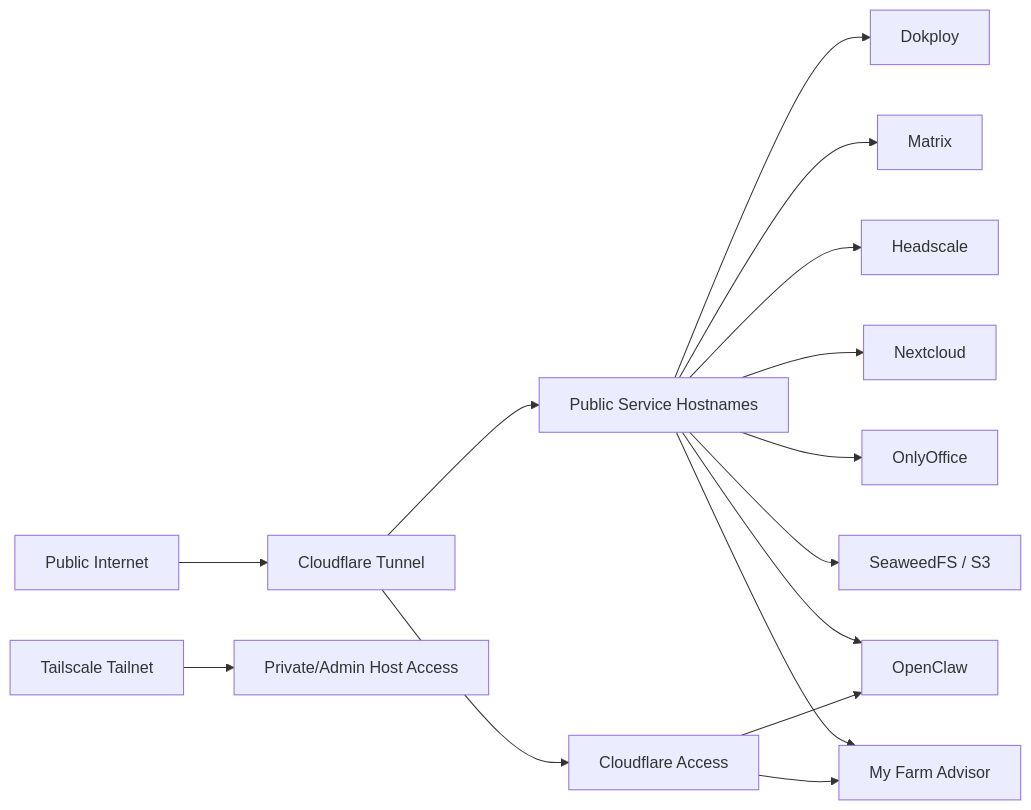
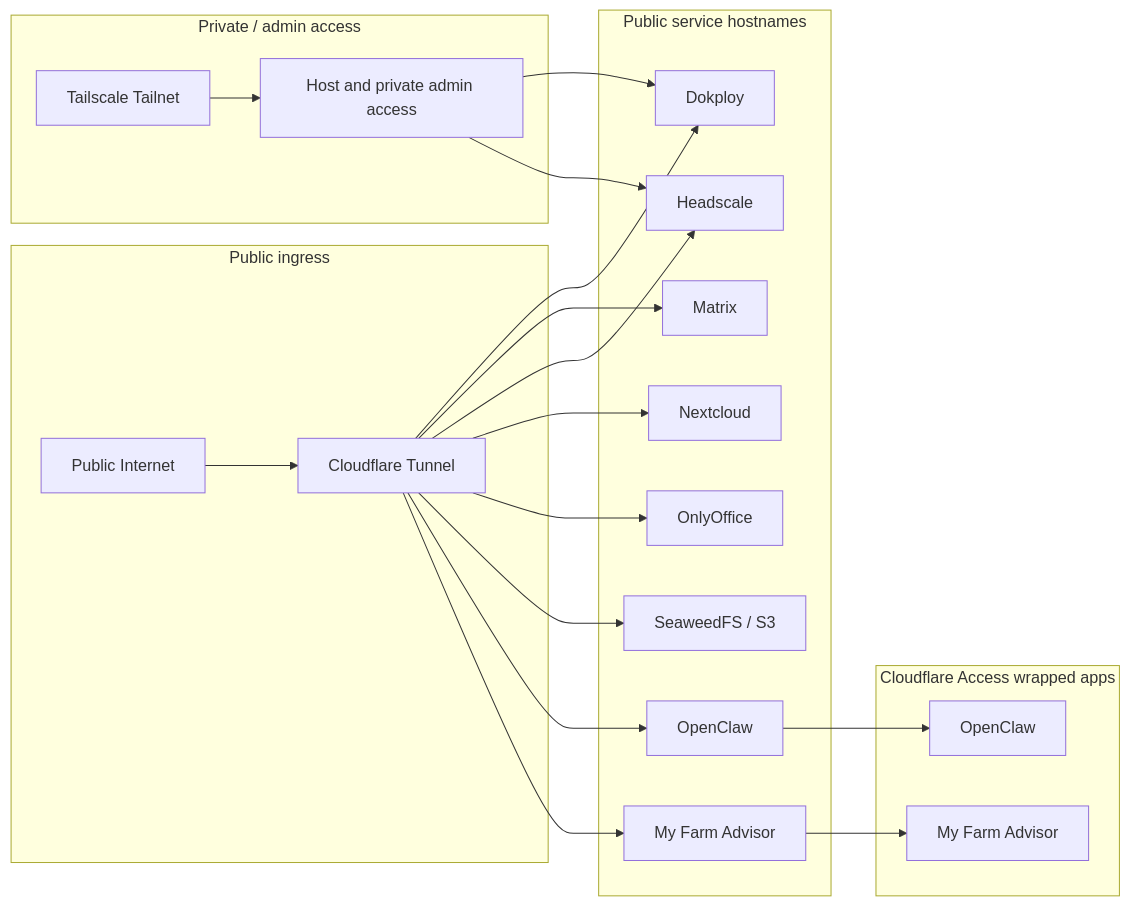
The second of 3 diagrams in README.md (borealBytes/dokploy-wizard), drawn with Mermaid before and after one commit. The commit also changed other lines of this file, not shown here.

Commit message:
Refine README architecture diagrams

````diff
--- a/README.md
+++ b/README.md
@@ -65,20 +78,41 @@
 ```mermaid
 flowchart LR
-    Internet[Public Internet] --> CF[Cloudflare Tunnel]
-    CF --> PublicApps[Public Service Hostnames]
+    subgraph PublicIngress[Public ingress]
+        Internet[Public Internet] --> Tunnel[Cloudflare Tunnel]
+    end
 
-    TNet[Tailscale Tailnet] --> Host[Private/Admin Host Access]
+    subgraph PrivateAdmin[Private / admin access]
+        Tailnet[Tailscale Tailnet] --> HostAccess[Host and private admin access]
+    end
 
-    PublicApps --> Dokploy[Dokploy]
-    PublicApps --> Matrix[Matrix]
-    PublicApps --> Headscale[Headscale]
-    PublicApps --> Nextcloud[Nextcloud]
-    PublicApps --> OnlyOffice[OnlyOffice]
-    PublicApps --> S3[SeaweedFS / S3]
-    PublicApps --> OpenClaw[OpenClaw]
-    PublicApps --> MFA[My Farm Advisor]
+    subgraph PublicSurfaces[Public service hostnames]
+        DokployHost[Dokploy]
+        MatrixHost[Matrix]
+        HeadscaleHost[Headscale]
+        NextcloudHost[Nextcloud]
+        OnlyOfficeHost[OnlyOffice]
+        SeaweedHost[SeaweedFS / S3]
+        OpenClawHost[OpenClaw]
+        FarmHost[My Farm Advisor]
+    end
 
-    CF --> Access[Cloudflare Access]
-    Access --> OpenClaw
-    Access --> MFA
+    subgraph AccessWrapped[Cloudflare Access wrapped apps]
+        OpenClawAccess[OpenClaw]
+        FarmAccess[My Farm Advisor]
+    end
+
+    Tunnel --> DokployHost
+    Tunnel --> MatrixHost
+    Tunnel --> HeadscaleHost
+    Tunnel --> NextcloudHost
+    Tunnel --> OnlyOfficeHost
+    Tunnel --> SeaweedHost
+    Tunnel --> OpenClawHost
+    Tunnel --> FarmHost
+
+    HostAccess --> DokployHost
+    HostAccess --> HeadscaleHost
+
+    OpenClawHost --> OpenClawAccess
+    FarmHost --> FarmAccess
 ```
````
